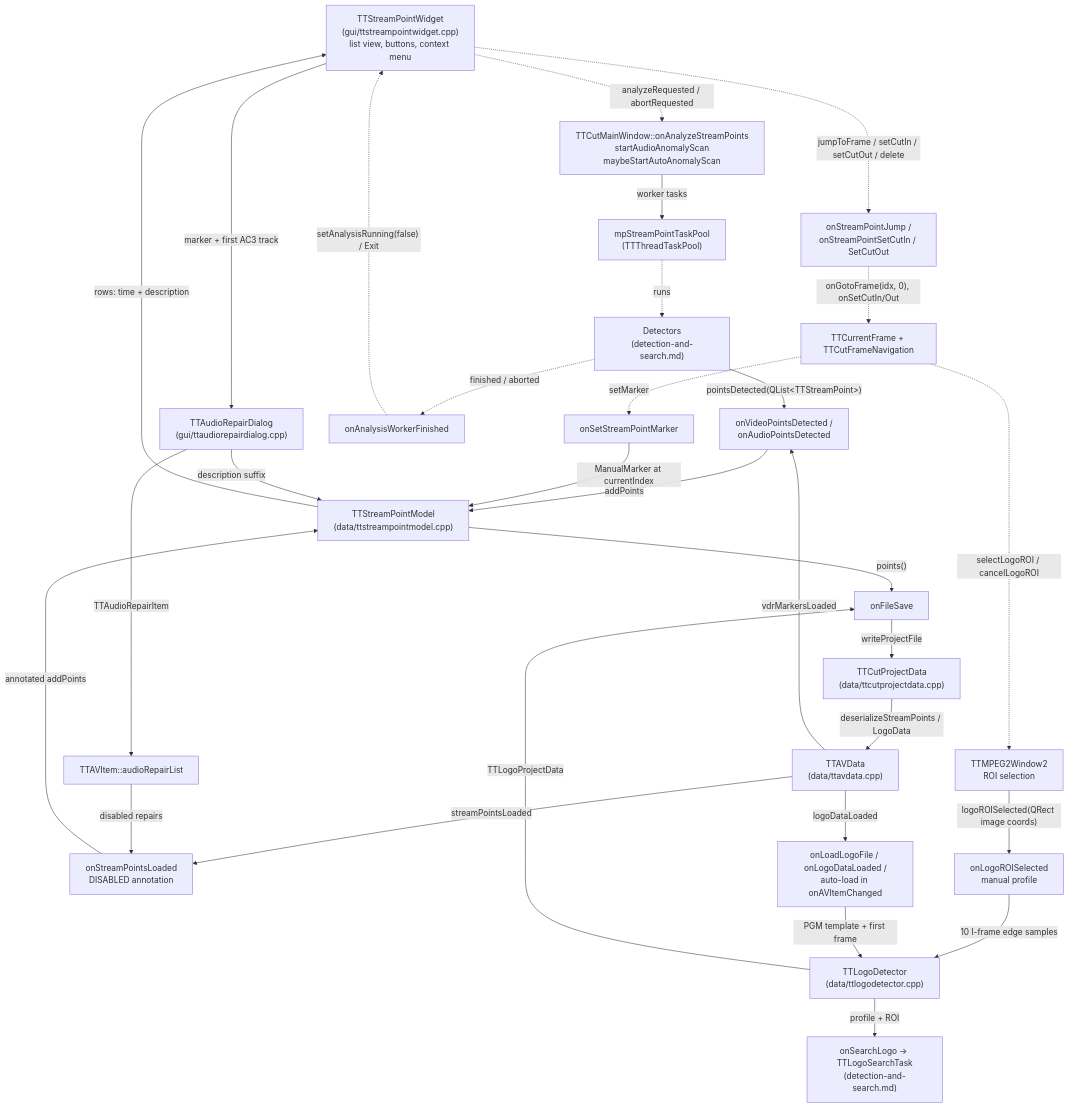
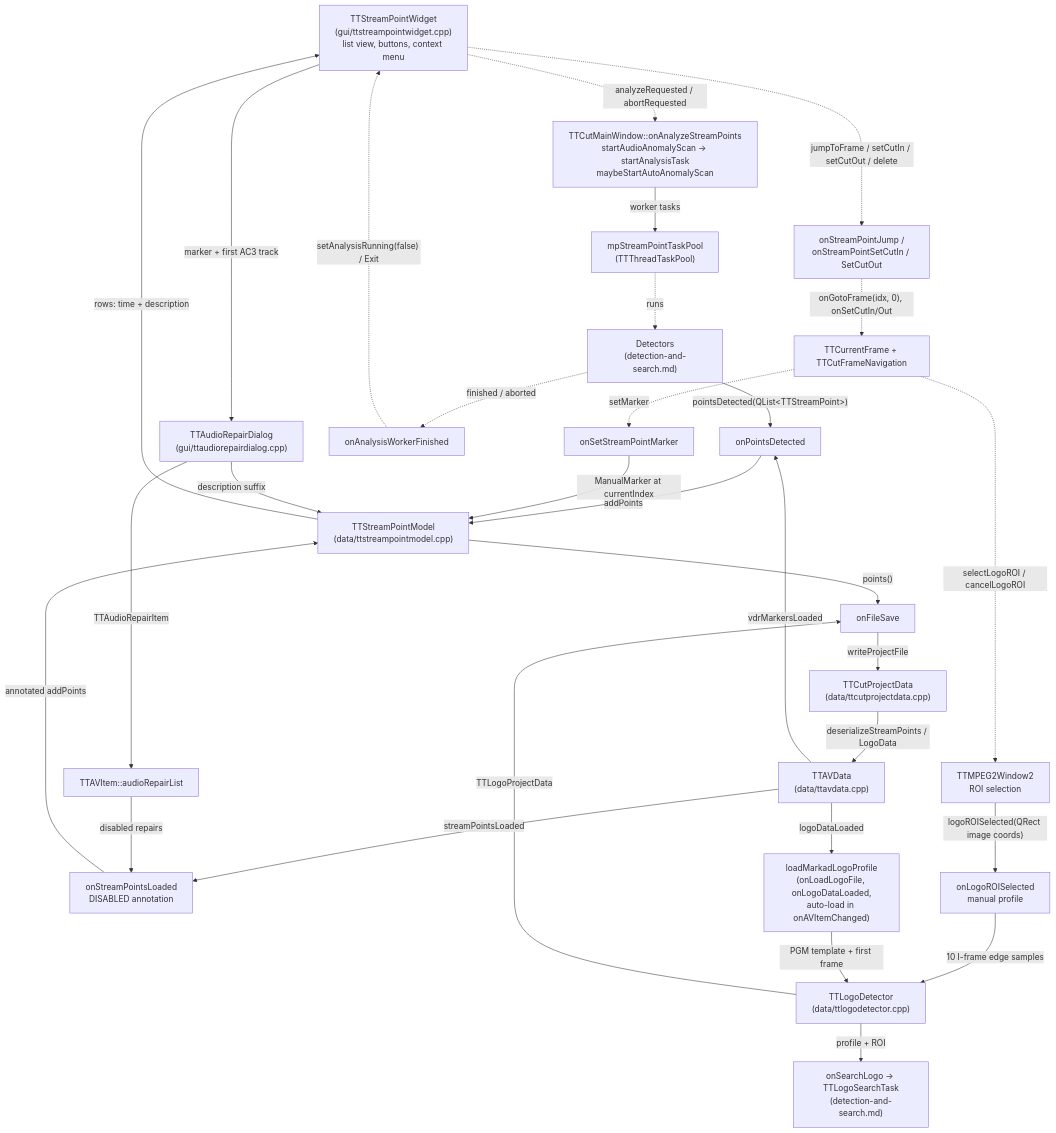
The diagram in docs/code-map/stream-points.md (MINIXJR/TTCut-ng), drawn with Mermaid before and after one commit. The commit also changed other lines of this file and 9 other files, not shown here.

````diff
--- a/docs/code-map/stream-points.md
+++ b/docs/code-map/stream-points.md
@@ -51,54 +51,54 @@
 ```mermaid
 flowchart TD
     WIDGET["TTStreamPointWidget<br/>(gui/ttstreampointwidget.cpp)<br/>list view, buttons, context menu"]
-    ANALYZE["TTCutMainWindow::onAnalyzeStreamPoints<br/>startAudioAnomalyScan<br/>maybeStartAutoAnomalyScan"]
+    ANALYZE["TTCutMainWindow::onAnalyzeStreamPoints<br/>startAudioAnomalyScan → startAnalysisTask<br/>maybeStartAutoAnomalyScan"]
     POOL["mpStreamPointTaskPool<br/>(TTThreadTaskPool)"]
     DETECT["Detectors<br/>(detection-and-search.md)"]
-    RESULT["onVideoPointsDetected /<br/>onAudioPointsDetected"]
+    RESULT["onPointsDetected"]
     LOADED["onStreamPointsLoaded<br/>DISABLED annotation"]
     MANUAL["onSetStreamPointMarker"]
     MODEL["TTStreamPointModel<br/>(data/ttstreampointmodel.cpp)"]
     FIN["onAnalysisWorkerFinished"]
     JUMP["onStreamPointJump /<br/>onStreamPointSetCutIn / SetCutOut"]
     NAVFRAME["TTCurrentFrame + TTCutFrameNavigation"]
     REPAIR["TTAudioRepairDialog<br/>(gui/ttaudiorepairdialog.cpp)"]
     AVITEM["TTAVItem::audioRepairList"]
     SAVE["onFileSave"]
     PRJ["TTCutProjectData<br/>(data/ttcutprojectdata.cpp)"]
     AVD["TTAVData<br/>(data/ttavdata.cpp)"]
     LOGO["TTLogoDetector<br/>(data/ttlogodetector.cpp)"]
     ROI["onLogoROISelected<br/>manual profile"]
-    MARKAD["onLoadLogoFile / onLogoDataLoaded /<br/>auto-load in onAVItemChanged"]
+    MARKAD["loadMarkadLogoProfile<br/>(onLoadLogoFile, onLogoDataLoaded,<br/>auto-load in onAVItemChanged)"]
     WIN["TTMPEG2Window2<br/>ROI selection"]
     LOGOSEARCH["onSearchLogo → TTLogoSearchTask<br/>(detection-and-search.md)"]
 
     WIDGET -. "analyzeRequested / abortRequested" .-> ANALYZE
     ANALYZE -- "worker tasks" --> POOL
     POOL -. "runs" .-> DETECT
     DETECT -- "pointsDetected(QList&lt;TTStreamPoint&gt;)" --> RESULT
     DETECT -. "finished / aborted" .-> FIN
     RESULT -- "addPoints" --> MODEL
     AVD -- "streamPointsLoaded" --> LOADED
     AVITEM -- "disabled repairs" --> LOADED
     LOADED -- "annotated addPoints" --> MODEL
     AVD -- "vdrMarkersLoaded" --> RESULT
     NAVFRAME -. "setMarker" .-> MANUAL
     MANUAL -- "ManualMarker at currentIndex" --> MODEL
     MODEL -- "rows: time + description" --> WIDGET
     FIN -. "setAnalysisRunning(false) / Exit" .-> WIDGET
     WIDGET -. "jumpToFrame / setCutIn / setCutOut / delete" .-> JUMP
     JUMP -. "onGotoFrame(idx, 0), onSetCutIn/Out" .-> NAVFRAME
     WIDGET -- "marker + first AC3 track" --> REPAIR
     REPAIR -- "TTAudioRepairItem" --> AVITEM
     REPAIR -- "description suffix" --> MODEL
     MODEL -- "points()" --> SAVE
     LOGO -- "TTLogoProjectData" --> SAVE
     SAVE -- "writeProjectFile" --> PRJ
     PRJ -- "deserializeStreamPoints / LogoData" --> AVD
     AVD -- "logoDataLoaded" --> MARKAD
     NAVFRAME -. "selectLogoROI / cancelLogoROI" .-> WIN
     WIN -- "logoROISelected(QRect image coords)" --> ROI
     ROI -- "10 I-frame edge samples" --> LOGO
     MARKAD -- "PGM template + first frame" --> LOGO
     LOGO -- "profile + ROI" --> LOGOSEARCH
 ```
````
